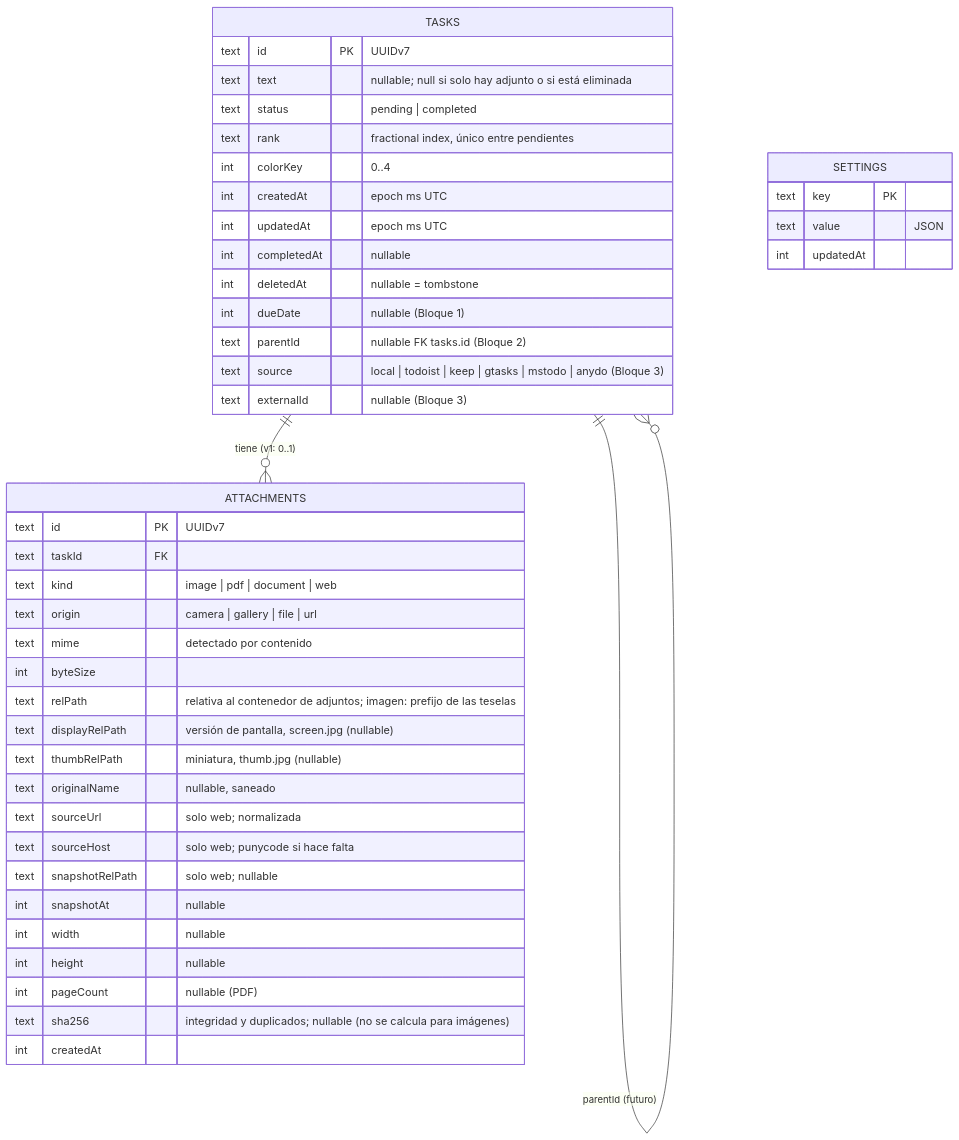
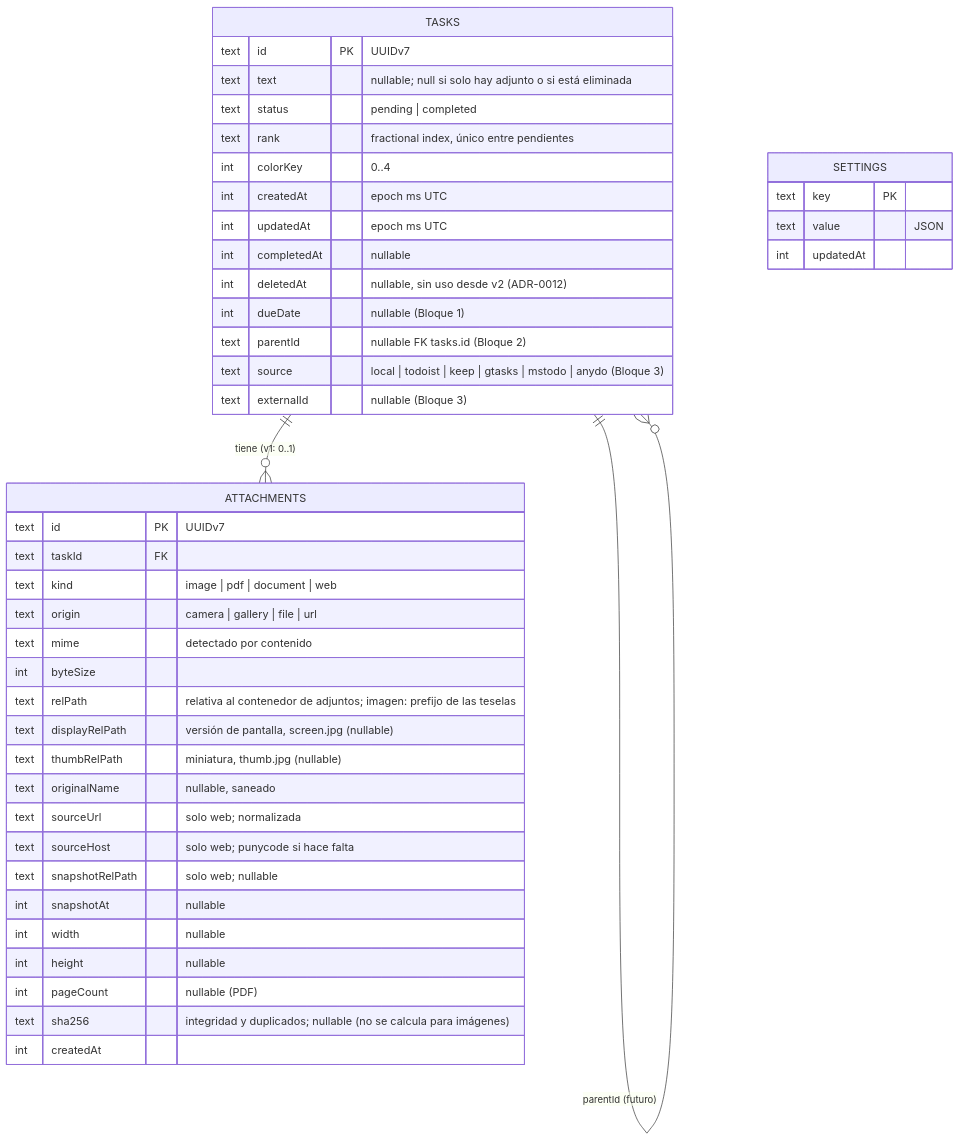
One commit to svallev/una changed the third of 4 diagrams in docs/architecture.md. Above: the diagram before and after it, drawn with Mermaid. The commit also changed other lines of this file and 49 other files, not shown here.

````diff
--- a/docs/architecture.md
+++ b/docs/architecture.md
@@ -93,46 +93,46 @@
 ```mermaid
 erDiagram
   TASKS ||--o{ ATTACHMENTS : "tiene (v1: 0..1)"
   TASKS ||--o{ TASKS : "parentId (futuro)"
   TASKS {
     text id PK "UUIDv7"
     text text "nullable; null si solo hay adjunto o si está eliminada"
     text status "pending | completed"
     text rank "fractional index, único entre pendientes"
     int colorKey "0..4"
     int createdAt "epoch ms UTC"
     int updatedAt "epoch ms UTC"
     int completedAt "nullable"
-    int deletedAt "nullable = tombstone"
+    int deletedAt "nullable, sin uso desde v2 (ADR-0012)"
     int dueDate "nullable (Bloque 1)"
     text parentId "nullable FK tasks.id (Bloque 2)"
     text source "local | todoist | keep | gtasks | mstodo | anydo (Bloque 3)"
     text externalId "nullable (Bloque 3)"
   }
   ATTACHMENTS {
     text id PK "UUIDv7"
     text taskId FK
     text kind "image | pdf | document | web"
     text origin "camera | gallery | file | url"
     text mime "detectado por contenido"
     int byteSize
     text relPath "relativa al contenedor de adjuntos; imagen: prefijo de las teselas"
     text displayRelPath "versión de pantalla, screen.jpg (nullable)"
     text thumbRelPath "miniatura, thumb.jpg (nullable)"
     text originalName "nullable, saneado"
     text sourceUrl "solo web; normalizada"
     text sourceHost "solo web; punycode si hace falta"
     text snapshotRelPath "solo web; nullable"
     int snapshotAt "nullable"
     int width "nullable"
     int height "nullable"
     int pageCount "nullable (PDF)"
     text sha256 "integridad y duplicados; nullable (no se calcula para imágenes)"
     int createdAt
   }
   SETTINGS {
     text key PK
     text value "JSON"
     int updatedAt
   }
 ```
````
